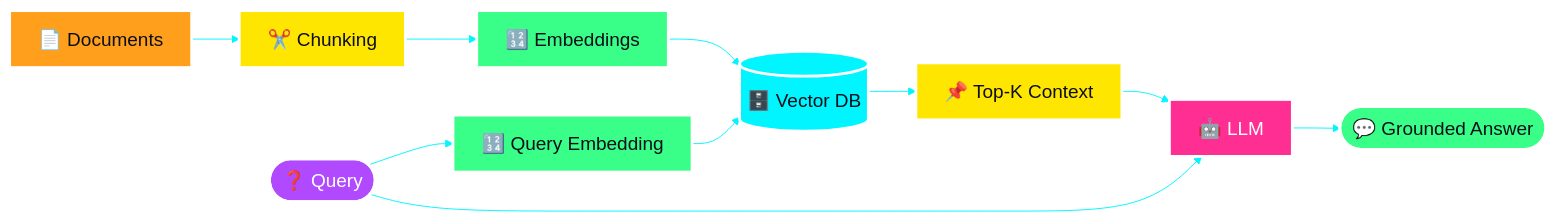
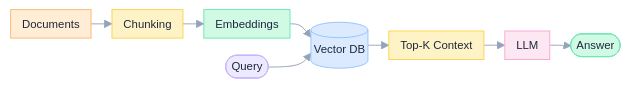
One commit to CodeBy-Divya/CodeBy-Divya changed the third of 6 diagrams in README.md. Above: the diagram before and after it, drawn with Mermaid. The commit also changed other lines of this file, not shown here.

````diff
--- a/README.md
+++ b/README.md
@@ -211,19 +209,13 @@
 ```mermaid
-%%{init: {'theme':'base','themeVariables':{'fontSize':'20px','lineColor':'#00F5FF','primaryTextColor':'#0b0f1a'}}}%%
+%%{init: {'theme':'base','themeVariables':{'fontSize':'12px','lineColor':'#94A3B8','primaryTextColor':'#1e293b'},'flowchart':{'nodeSpacing':18,'rankSpacing':22,'padding':6}}}%%
 flowchart LR
-    D[📄 Documents]:::orange --> CH[✂️ Chunking]:::yellow
-    CH --> EM[🔢 Embeddings]:::green
-    EM --> VDB[(🗄️ Vector DB)]:::cyan
-    Q([❓ Query]):::purple --> QE[🔢 Query Embedding]:::green
-    QE --> VDB
-    VDB --> TK[📌 Top-K Context]:::yellow
-    TK --> LLM[🤖 LLM]:::pink
-    Q --> LLM
-    LLM --> ANS([💬 Grounded Answer]):::green
-    classDef pink fill:#FF2E93,color:#ffffff,stroke:#ffffff,stroke-width:3px
-    classDef cyan fill:#00F5FF,color:#0b0f1a,stroke:#ffffff,stroke-width:3px
-    classDef orange fill:#FF9F1C,color:#0b0f1a,stroke:#ffffff,stroke-width:3px
-    classDef green fill:#39FF88,color:#0b0f1a,stroke:#ffffff,stroke-width:3px
-    classDef yellow fill:#FFE600,color:#0b0f1a,stroke:#ffffff,stroke-width:3px
-    classDef purple fill:#B14AFF,color:#ffffff,stroke:#ffffff,stroke-width:3px
+    D[Documents]:::orange --> CH[Chunking]:::yellow --> EM[Embeddings]:::green --> VDB[(Vector DB)]:::blue
+    Q([Query]):::purple --> VDB
+    VDB --> TK[Top-K Context]:::yellow --> LLM[LLM]:::pink --> ANS([Answer]):::green
+    classDef pink fill:#FCE7F3,color:#1e293b,stroke:#F9A8D4,stroke-width:1px
+    classDef blue fill:#DBEAFE,color:#1e293b,stroke:#93C5FD,stroke-width:1px
+    classDef orange fill:#FFEDD5,color:#1e293b,stroke:#FDBA74,stroke-width:1px
+    classDef green fill:#D1FAE5,color:#1e293b,stroke:#6EE7B7,stroke-width:1px
+    classDef yellow fill:#FEF3C7,color:#1e293b,stroke:#FCD34D,stroke-width:1px
+    classDef purple fill:#EDE9FE,color:#1e293b,stroke:#C4B5FD,stroke-width:1px
 ```
````
